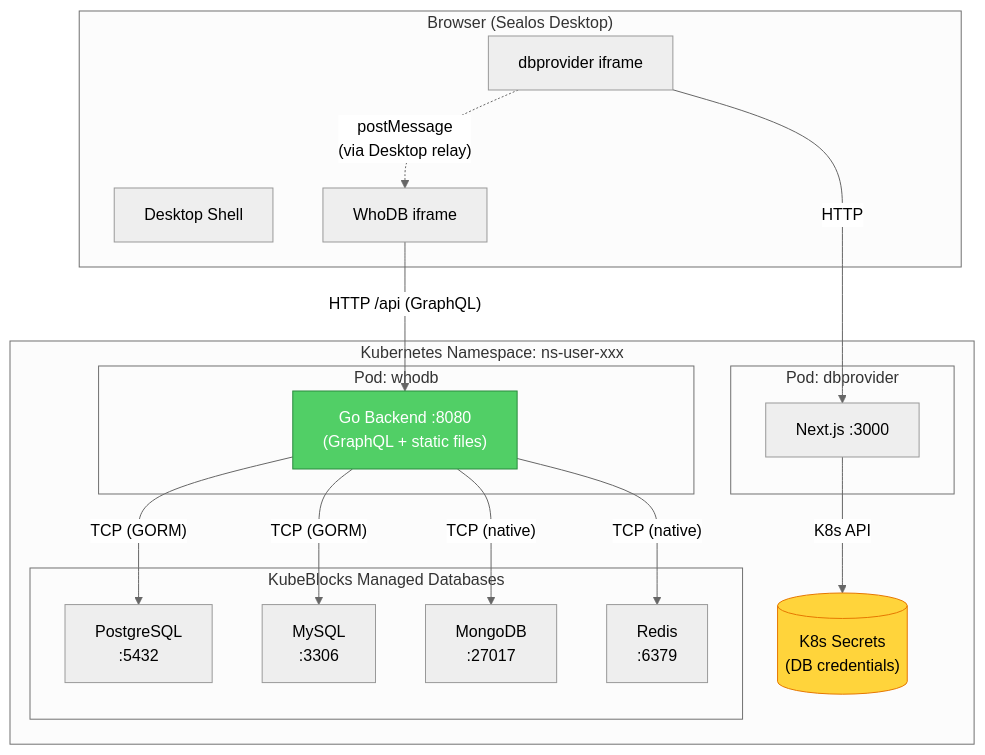
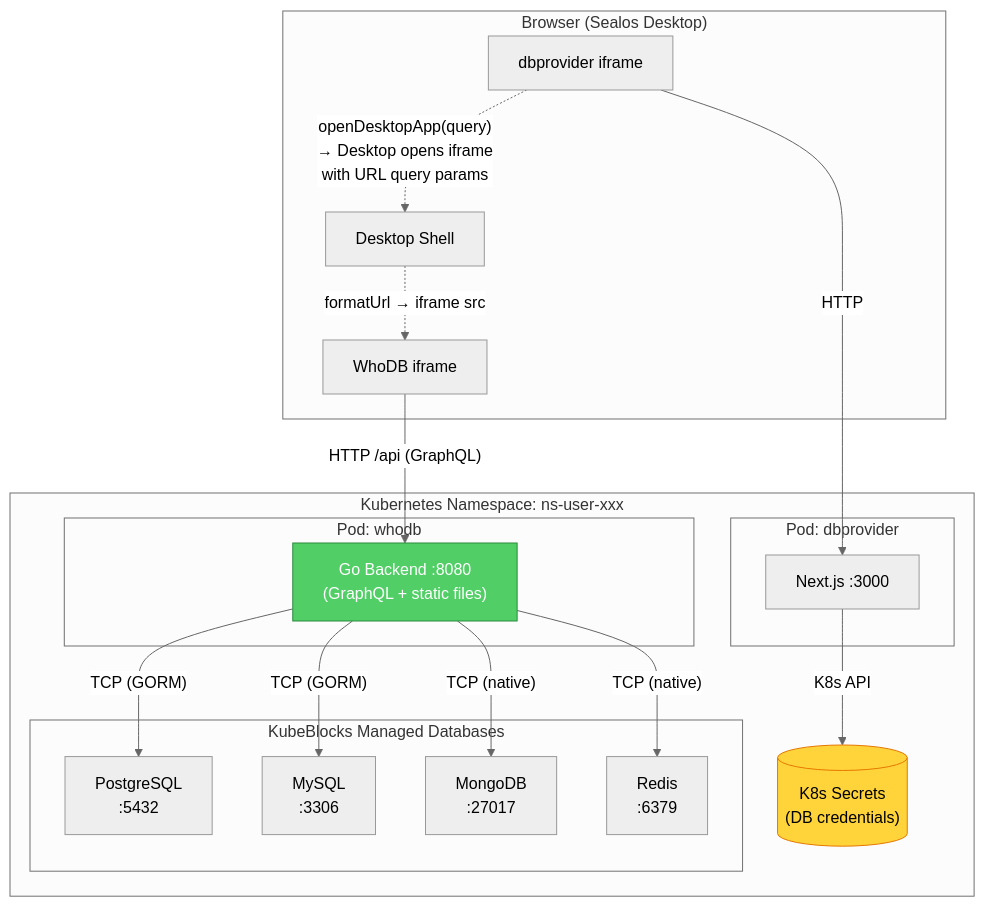
The sixth of 9 diagrams in docs/sealos_integration/sealos-integration-dataflow.md (sealos-apps/dataflow), drawn with Mermaid (neutral theme) before and after one commit. The commit also changed other lines of this file and 3 other files, not shown here.

````diff
--- a/docs/sealos_integration/sealos-integration-dataflow.md
+++ b/docs/sealos_integration/sealos-integration-dataflow.md
@@ -230,43 +248,44 @@
 ```mermaid
 graph TB
     subgraph browser["Browser (Sealos Desktop)"]
         DESKTOP["Desktop Shell"]
         DP_IF["dbprovider iframe"]
         WH_IF["WhoDB iframe"]
 
-        DP_IF -.->|"postMessage<br/>(via Desktop relay)"| WH_IF
+        DP_IF -.->|"openDesktopApp(query)<br/>→ Desktop opens iframe<br/>with URL query params"| DESKTOP
+        DESKTOP -.->|"formatUrl → iframe src"| WH_IF
     end
 
     subgraph k8s["Kubernetes Namespace: ns-user-xxx"]
 
         subgraph dp["Pod: dbprovider"]
             DP_APP["Next.js :3000"]
         end
 
         subgraph whodb["Pod: whodb"]
             WH_BE["Go Backend :8080<br/>(GraphQL + static files)"]
         end
 
         subgraph dbs["KubeBlocks Managed Databases"]
             PG["PostgreSQL<br/>:5432"]
             MY["MySQL<br/>:3306"]
             MG["MongoDB<br/>:27017"]
             RD["Redis<br/>:6379"]
         end
 
         SEC[("K8s Secrets<br/>(DB credentials)")]
     end
 
     DP_IF -->|HTTP| DP_APP
     WH_IF -->|"HTTP /api (GraphQL)"| WH_BE
 
     DP_APP -->|K8s API| SEC
 
     WH_BE -->|"TCP (GORM)"| PG
     WH_BE -->|"TCP (GORM)"| MY
     WH_BE -->|"TCP (native)"| MG
     WH_BE -->|"TCP (native)"| RD
 
     style WH_BE fill:#51cf66,stroke:#2b8a3e,color:#fff
     style SEC fill:#ffd43b,stroke:#e67700,color:#000
 ```
````
